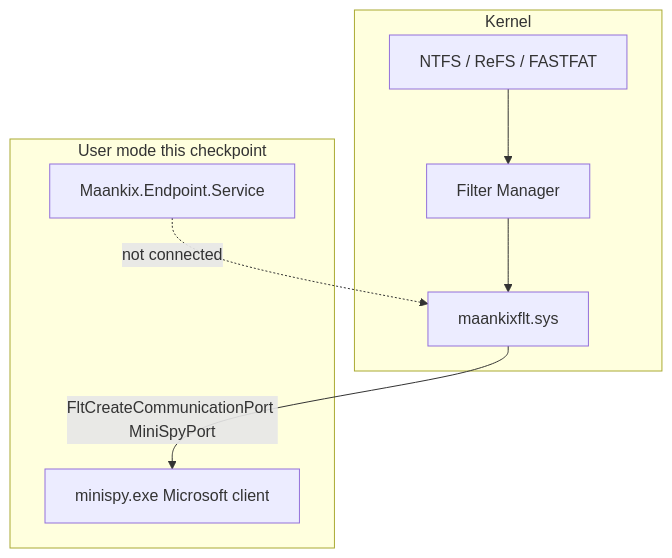
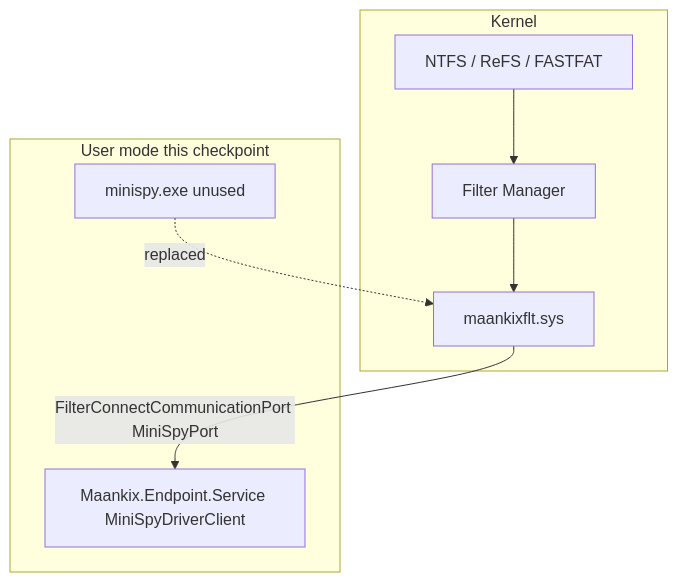
One commit to Mandar007007/ArcaProduction changed the first of 2 diagrams in docs/driver.md. Above: the diagram before and after it, drawn with Mermaid. The commit also changed other lines of this file and 19 other files, not shown here.

Commit message:
Connected Driver and service

````diff
--- a/docs/driver.md
+++ b/docs/driver.md
@@ -30,18 +30,18 @@
 ```mermaid
 flowchart TB
     subgraph kernel [Kernel]
         FS[NTFS / ReFS / FASTFAT]
         FLTMGR[Filter Manager]
         FLT[maankixflt.sys]
         FS --> FLTMGR
         FLTMGR --> FLT
     end
 
     subgraph usermode [User mode this checkpoint]
-        SPY[minispy.exe Microsoft client]
-        SVC[Maankix.Endpoint.Service]
+        SVC[Maankix.Endpoint.Service MiniSpyDriverClient]
+        SPY[minispy.exe unused]
     end
 
-    FLT -->|"FltCreateCommunicationPort MiniSpyPort"| SPY
-    SVC -.->|"not connected"| FLT
+    FLT -->|"FilterConnectCommunicationPort MiniSpyPort"| SVC
+    SPY -.->|"replaced"| FLT
 ```
````
